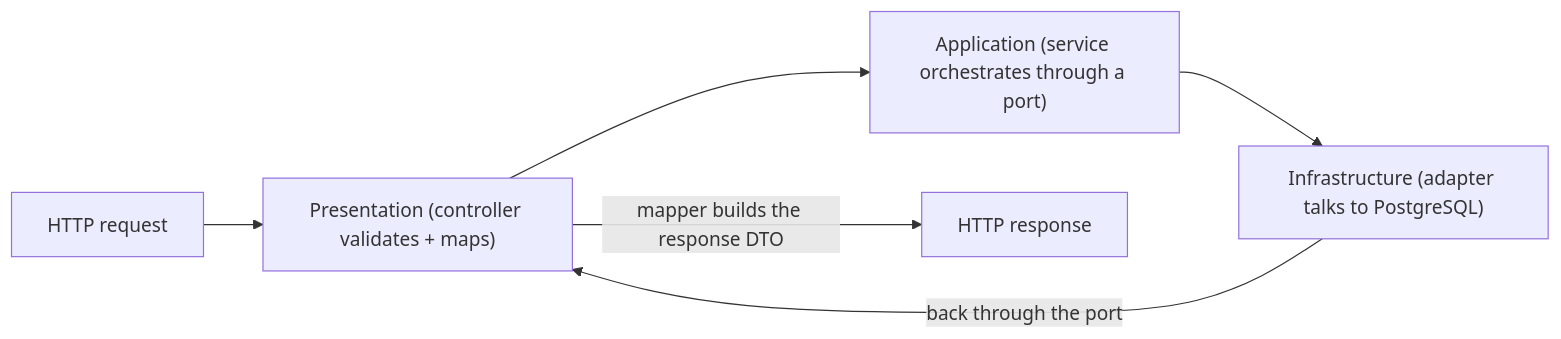
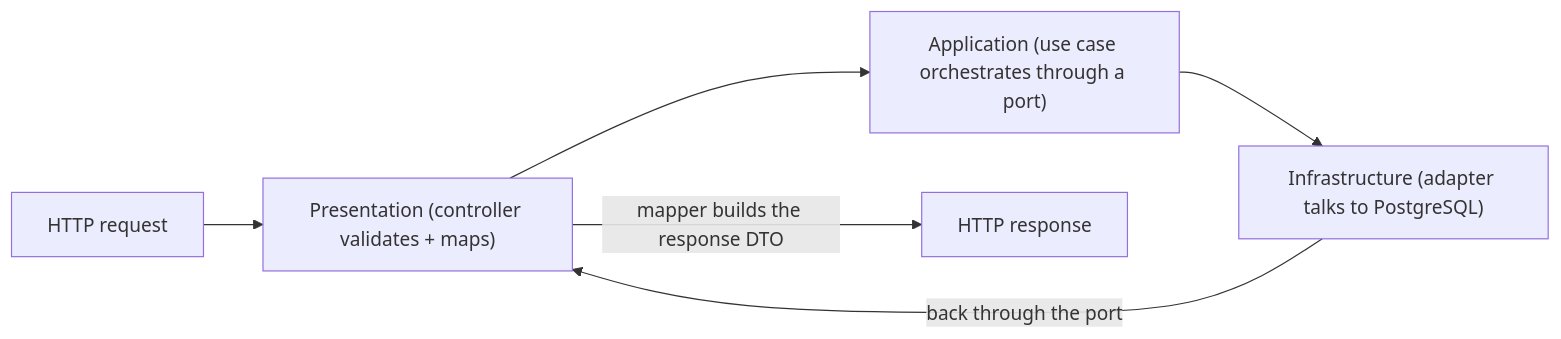
Before and after one commit to rebecamendez/rebeca-hexagonal-nest-template: the third of 3 diagrams in docs/architecture-code.md, drawn with Mermaid. The commit also changed other lines of this file and 25 other files, not shown here.

Commit message:
refactor(tasks): replace application service with use cases (#3)

````diff
--- a/docs/architecture-code.md
+++ b/docs/architecture-code.md
@@ -70,8 +70,8 @@
 ```mermaid
 flowchart LR
   Http["HTTP request"] --> Pres["Presentation (controller validates + maps)"]
-  Pres --> App["Application (service orchestrates through a port)"]
+  Pres --> App["Application (use case orchestrates through a port)"]
   App --> Infra["Infrastructure (adapter talks to PostgreSQL)"]
   Infra -->|"back through the port"| Pres
   Pres -->|"mapper builds the response DTO"| Resp["HTTP response"]
 ```
````
